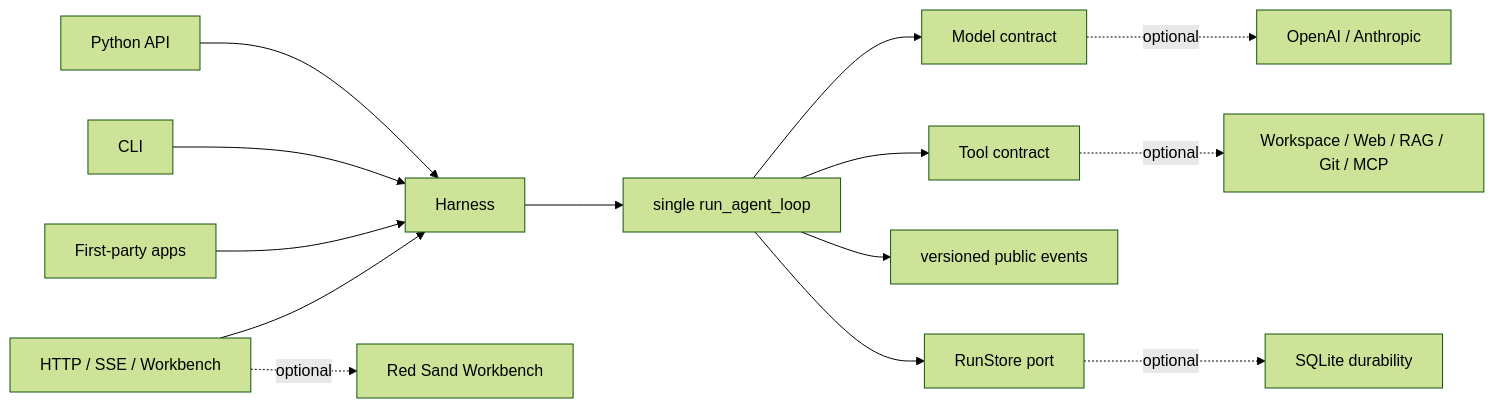
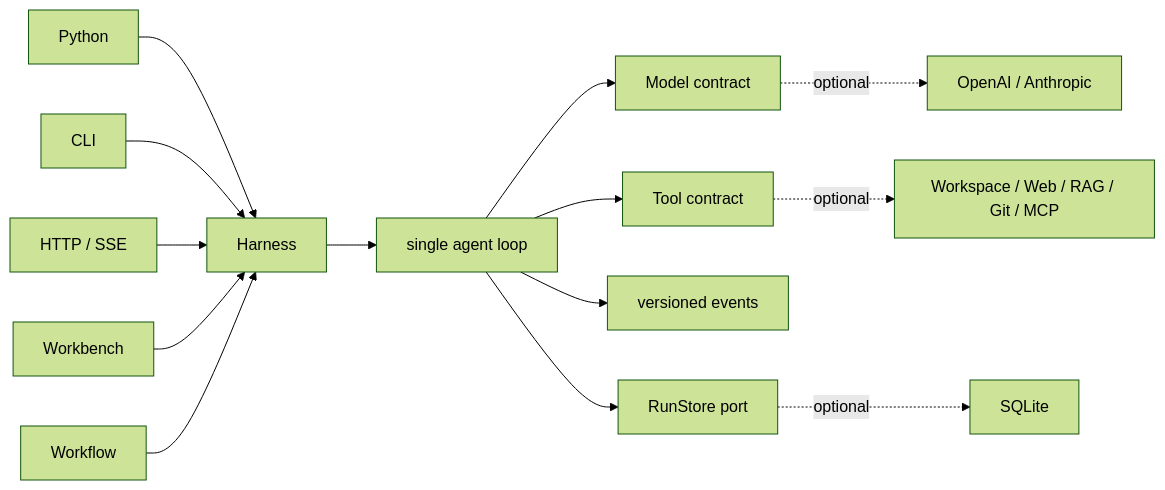
One commit to syusama/sasori changed the diagram in README.md. Above: the diagram before and after it, drawn with Mermaid (forest theme). The commit also changed other lines of this file and 28 other files, not shown here.

````diff
--- a/README.md
+++ b/README.md
@@ -163,16 +121,16 @@
 ```mermaid
 flowchart LR
-    PY["Python API"] --> H["Harness"]
+    PY["Python"] --> H["Harness"]
     CLI["CLI"] --> H
-    APP["First-party apps"] --> H
-    WEB["HTTP / SSE / Workbench"] --> H
-    H --> LOOP["single run_agent_loop"]
+    HTTP["HTTP / SSE"] --> H
+    UI["Workbench"] --> H
+    WF["Workflow"] --> H
+    H --> LOOP["single agent loop"]
     LOOP --> MODEL["Model contract"]
     LOOP --> TOOL["Tool contract"]
-    LOOP --> EVENT["versioned public events"]
+    LOOP --> EVENT["versioned events"]
     LOOP --> STORE["RunStore port"]
     MODEL -. optional .-> PROVIDERS["OpenAI / Anthropic"]
     TOOL -. optional .-> PLUGINS["Workspace / Web / RAG / Git / MCP"]
-    STORE -. optional .-> SQLITE["SQLite durability"]
-    WEB -. optional .-> PRODUCT["Red Sand Workbench"]
+    STORE -. optional .-> SQLITE["SQLite"]
 ```
````
